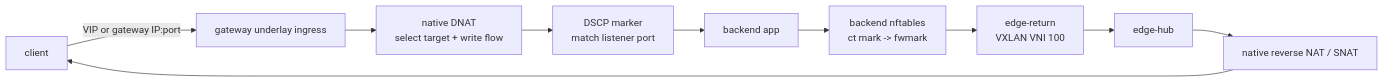
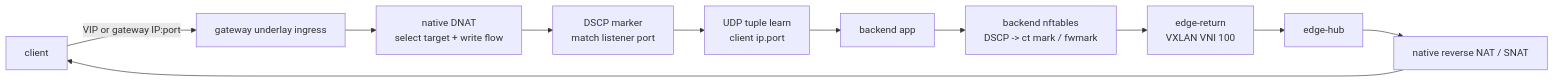
Before and after one commit to midy177/edge-lb: the diagram in docs/vxlan-dscp-verified.md, drawn with Mermaid. The commit also changed other lines of this file and 30 other files, not shown here.

````diff
--- a/docs/vxlan-dscp-verified.md
+++ b/docs/vxlan-dscp-verified.md
@@ -8,16 +8,17 @@
 ```mermaid
 flowchart LR
     client["client"]
     gw_ing["gateway underlay ingress"]
     dnat["native DNAT<br/>select target + write flow"]
     mark["DSCP marker<br/>match listener port"]
     backend["backend app"]
-    retmark["backend nftables<br/>ct mark -> fwmark"]
+    retmark["backend nftables<br/>DSCP -> ct mark / fwmark"]
+    udplearn["UDP tuple learn<br/>client ip.port"]
     vxret["edge-return<br/>VXLAN VNI 100"]
     vxhub["edge-hub"]
     snat["native reverse NAT / SNAT"]
 
     client -->|"VIP or gateway IP:port"| gw_ing
-    gw_ing --> dnat --> mark --> backend
+    gw_ing --> dnat --> mark --> udplearn --> backend
     backend --> retmark --> vxret --> vxhub --> snat --> client
 ```
````
